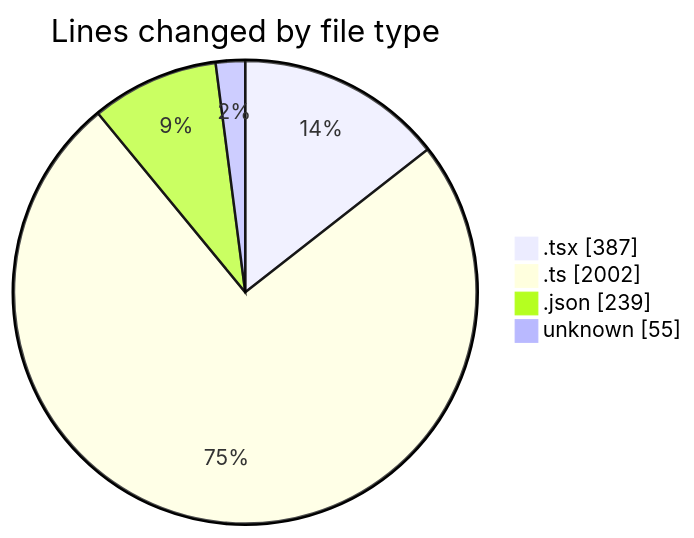
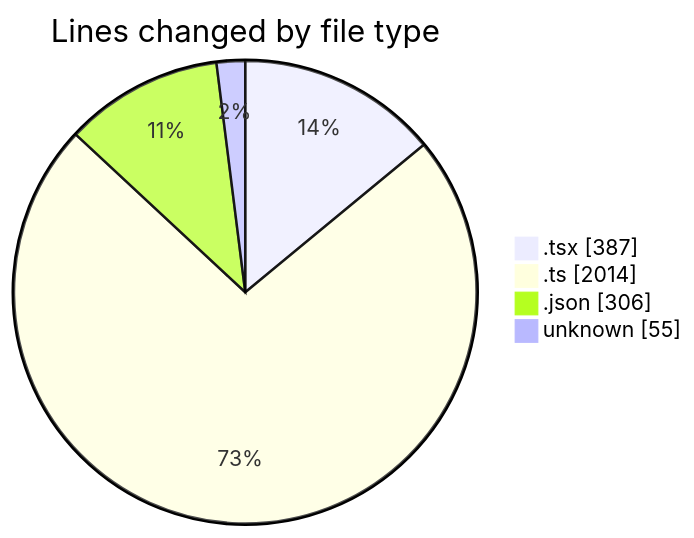
Before and after one commit to momahboobian/code-tracking: the first of 2 diagrams in 2025-10-21/cda/README.md, drawn with Mermaid. The commit also changed other lines of this file and 1 other file, not shown here.

````diff
--- a/2025-10-21/cda/README.md
+++ b/2025-10-21/cda/README.md
@@ -33,8 +34,8 @@
 ```mermaid
 pie showData
 title Lines changed by file type
 ".tsx" : 387
-".ts" : 2002
-".json" : 239
+".ts" : 2014
+".json" : 306
 "unknown" : 55
 ```
````
